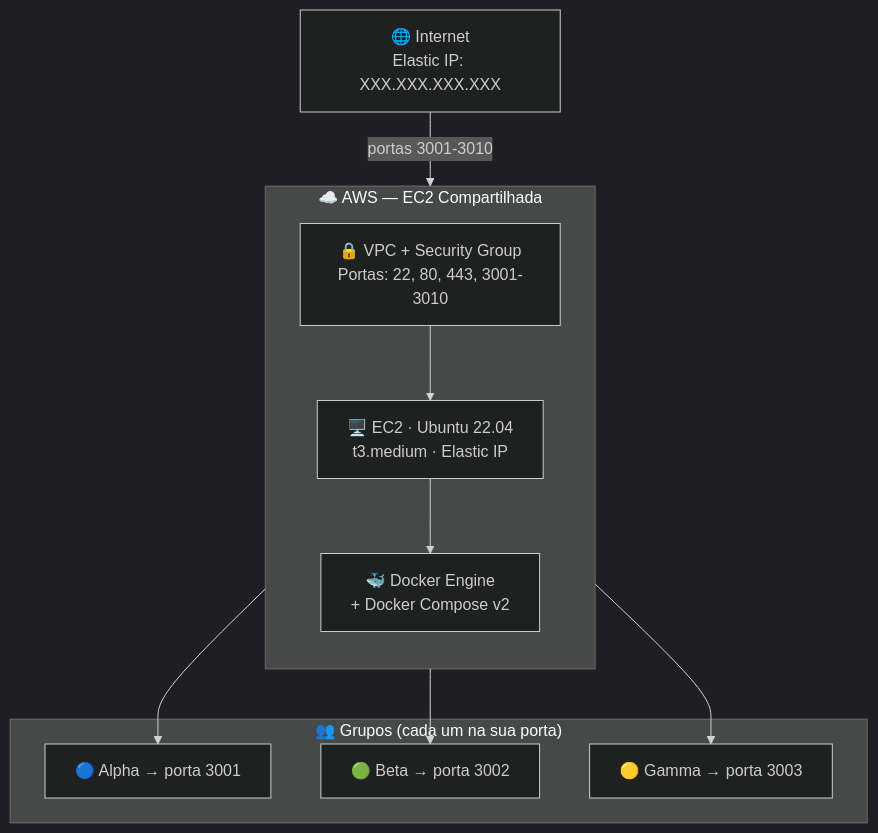
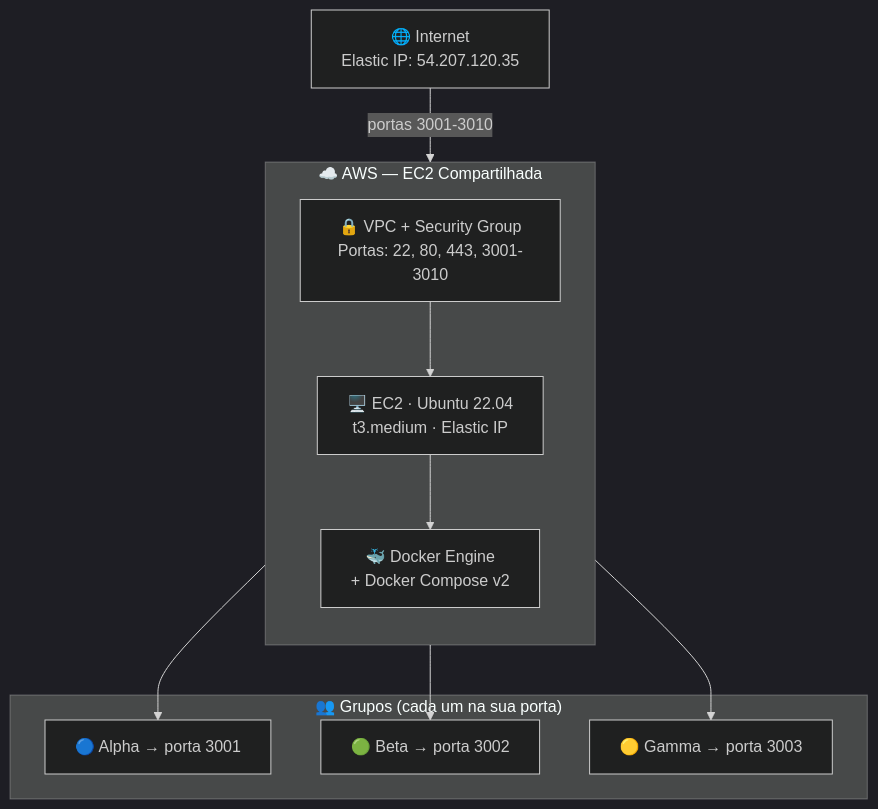
One commit to rofilho/projetos2 changed the first of 2 diagrams in content/Aula CP5 - Deploy na Nuvem.md. Above: the diagram before and after it, drawn with Mermaid (dark theme). The commit also changed other lines of this file, not shown here.

````diff
--- a/content/Aula CP5 - Deploy na Nuvem.md
+++ b/content/Aula CP5 - Deploy na Nuvem.md
@@ -76,23 +76,23 @@
 ```mermaid
 flowchart TB
     subgraph AWS["☁️ AWS — EC2 Compartilhada"]
         direction TB
         VPC["🔒 VPC + Security Group<br>Portas: 22, 80, 443, 3001-3010"]
         VM["🖥️ EC2 · Ubuntu 22.04<br>t3.medium · Elastic IP"]
         DOCKER["🐳 Docker Engine<br>+ Docker Compose v2"]
         VPC --> VM --> DOCKER
     end
 
     subgraph GRUPOS["👥 Grupos (cada um na sua porta)"]
         GA["🔵 Alpha → porta 3001"]
         GB["🟢 Beta → porta 3002"]
         GC["🟡 Gamma → porta 3003"]
     end
 
-    INTERNET["🌐 Internet<br>Elastic IP: XXX.XXX.XXX.XXX"]
+    INTERNET["🌐 Internet<br>Elastic IP: 54.207.120.35"]
     
     INTERNET -->|"portas 3001-3010"| VPC
     DOCKER --> GA
     DOCKER --> GB
     DOCKER --> GC
 ```
````
